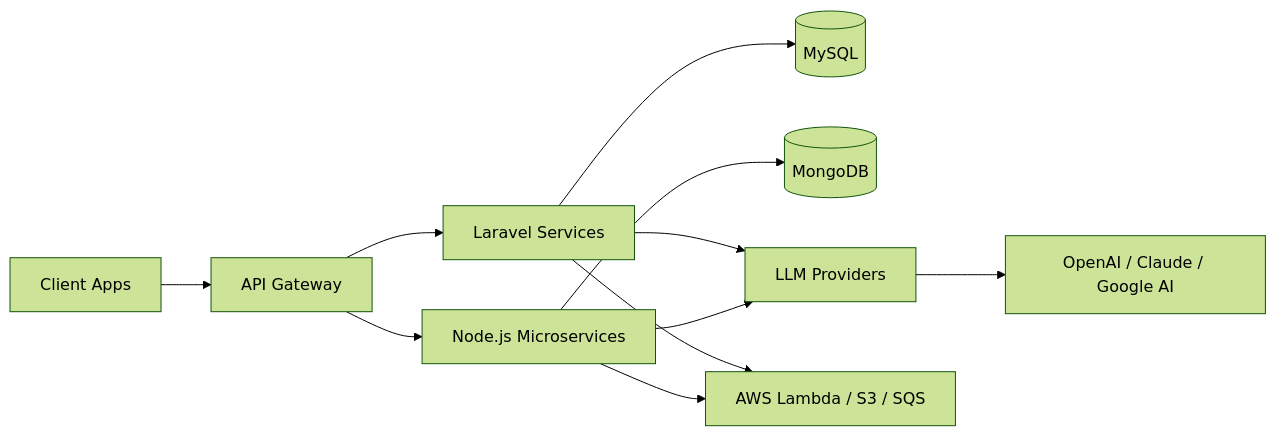
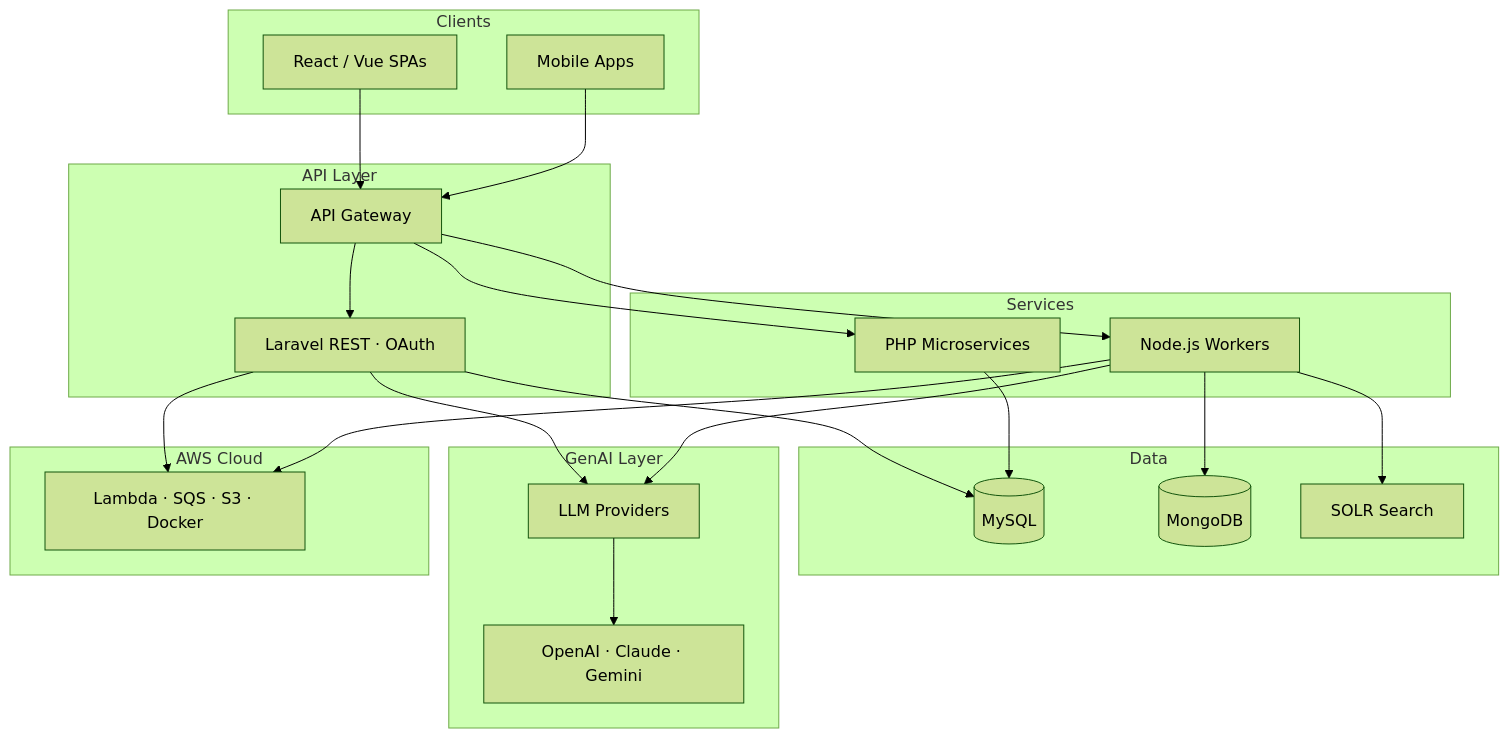
Before and after one commit to saurabhshukla-developer/saurabhshukla-developer: the first of 2 diagrams in README.md, drawn with Mermaid (forest theme). The commit also changed other lines of this file and 2 other files, not shown here.

````diff
--- a/README.md
+++ b/README.md
@@ -83,13 +131,47 @@
 ```mermaid
-graph LR
-    A[Client Apps] --> B[API Gateway]
-    B --> C[Laravel Services]
-    B --> D[Node.js Microservices]
-    C --> E[(MySQL)]
-    D --> F[(MongoDB)]
-    C --> G[LLM Providers]
-    D --> G
-    G --> H[OpenAI / Claude / Google AI]
-    C --> I[AWS Lambda / S3 / SQS]
-    D --> I
+graph TB
+    subgraph Clients
+        A[React / Vue SPAs]
+        B[Mobile Apps]
+    end
+
+    subgraph API["API Layer"]
+        C[Laravel REST · OAuth]
+        D[API Gateway]
+    end
+
+    subgraph Services
+        E[PHP Microservices]
+        F[Node.js Workers]
+    end
+
+    subgraph Data
+        G[(MySQL)]
+        H[(MongoDB)]
+        I[SOLR Search]
+    end
+
+    subgraph AI["GenAI Layer"]
+        J[LLM Providers]
+        K[OpenAI · Claude · Gemini]
+    end
+
+    subgraph Cloud["AWS Cloud"]
+        L[Lambda · SQS · S3 · Docker]
+    end
+
+    A --> D
+    B --> D
+    D --> C
+    D --> E
+    D --> F
+    C --> G
+    E --> G
+    F --> H
+    F --> I
+    C --> J
+    F --> J
+    J --> K
+    C --> L
+    F --> L
 ```
````
